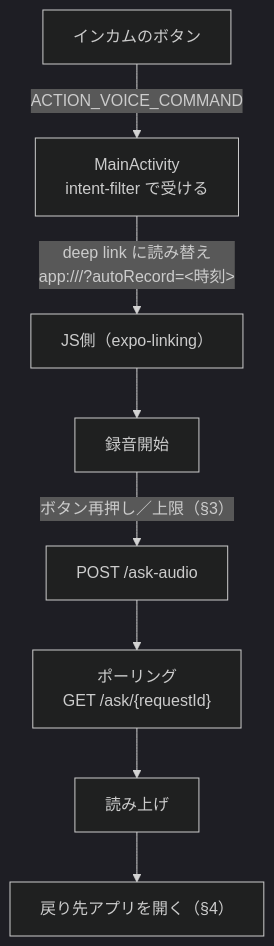
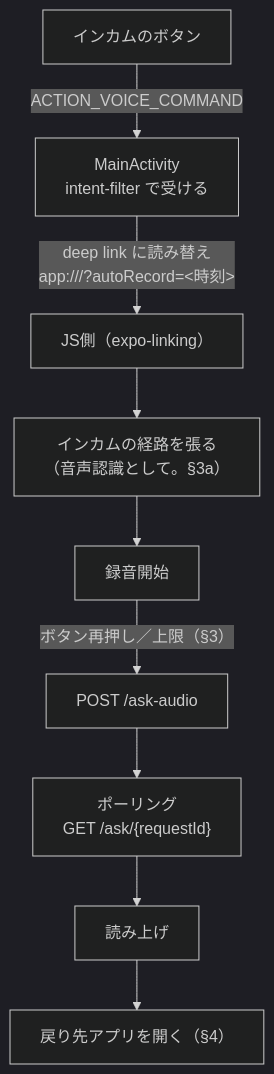
One commit to h-akira/TouringProject changed the diagram in docs/01c_app_client.md. Above: the diagram before and after it, drawn with Mermaid (dark theme). The commit also changed other lines of this file and 8 other files, not shown here.

````diff
--- a/docs/01c_app_client.md
+++ b/docs/01c_app_client.md
@@ -20,10 +20,11 @@
 ```mermaid
 flowchart TD
     B["インカムのボタン"] -->|"ACTION_VOICE_COMMAND"| MA["MainActivity<br/>intent-filter で受ける"]
     MA -->|"deep link に読み替え<br/>app:///?autoRecord=&lt;時刻&gt;"| JS["JS側（expo-linking）"]
-    JS --> REC["録音開始"]
+    JS --> VR["インカムの経路を張る<br/>（音声認識として。§3a）"]
+    VR --> REC["録音開始"]
     REC -->|"ボタン再押し／上限（§3）"| SEND["POST /ask-audio"]
     SEND --> POLL["ポーリング<br/>GET /ask/{requestId}"]
     POLL --> PLAY["読み上げ"]
     PLAY --> RET["戻り先アプリを開く（§4）"]
 ```
````
